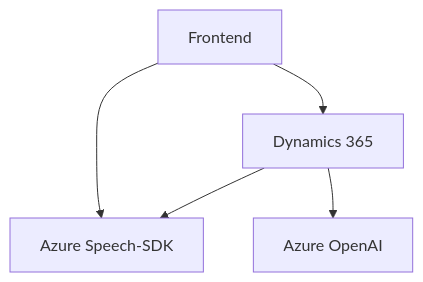
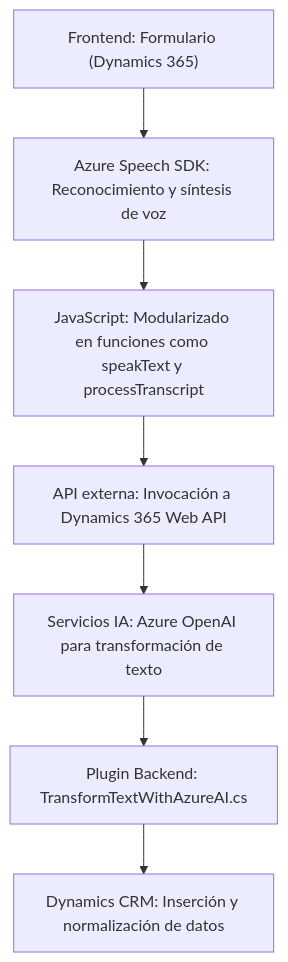
One commit to blopezdm/NETCORE_BILBAO2025 changed the diagram in README.md. Above: the diagram before and after it, drawn with Mermaid. The commit also changed other lines of this file, not shown here.

````diff
--- a/README.md
+++ b/README.md
@@ -56,12 +40,9 @@
 ```mermaid
 graph TD
-  A["Frontend"]
-  B["Azure Speech-SDK"]
-  C["Dynamics 365"]
-  D["Azure OpenAI"]
-
-  A --> B
-  A --> C
-  C --> D
-  C --> B
+    A["Frontend: Formulario (Dynamics 365)"] --> B["Azure Speech SDK: Reconocimiento y síntesis de voz"]
+    B --> C["JavaScript: Modularizado en funciones como speakText y processTranscript"]
+    C --> D["API externa: Invocación a Dynamics 365 Web API"]
+    D --> E["Servicios IA: Azure OpenAI para transformación de texto"]
+    E --> F["Plugin Backend: TransformTextWithAzureAI.cs"]
+    F --> G["Dynamics CRM: Inserción y normalización de datos"]
 ```
````
